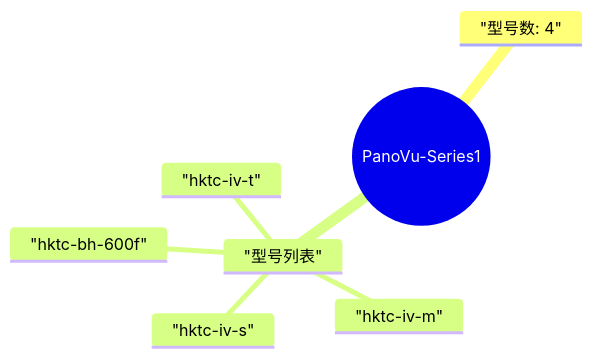
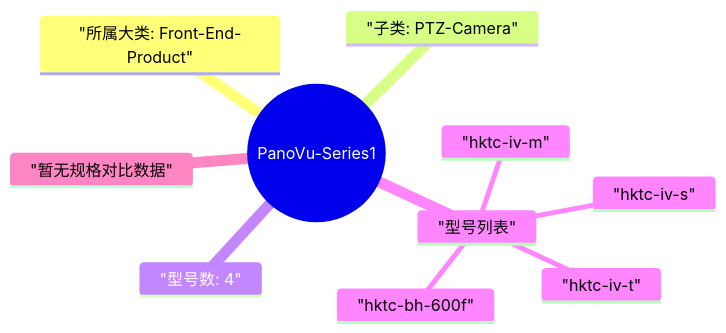
Before and after one commit to 123321step/hikvision-product-map: the diagram in site/mindmaps/cn-front-end-product-ptz-camera-panovu-series1.mmd, drawn with Mermaid. The commit also changed 647 other files, not shown here.

Commit message:
Rework mindmaps around product series differences

```diff
--- a/site/mindmaps/cn-front-end-product-ptz-camera-panovu-series1.mmd
+++ b/site/mindmaps/cn-front-end-product-ptz-camera-panovu-series1.mmd
@@ -1,8 +1,11 @@
 mindmap
   root(("PanoVu-Series1"))
+    "所属大类: Front-End-Product"
+    "子类: PTZ-Camera"
     "型号数: 4"
     "型号列表"
       "hktc-bh-600f"
       "hktc-iv-m"
       "hktc-iv-s"
       "hktc-iv-t"
+    "暂无规格对比数据"
```
